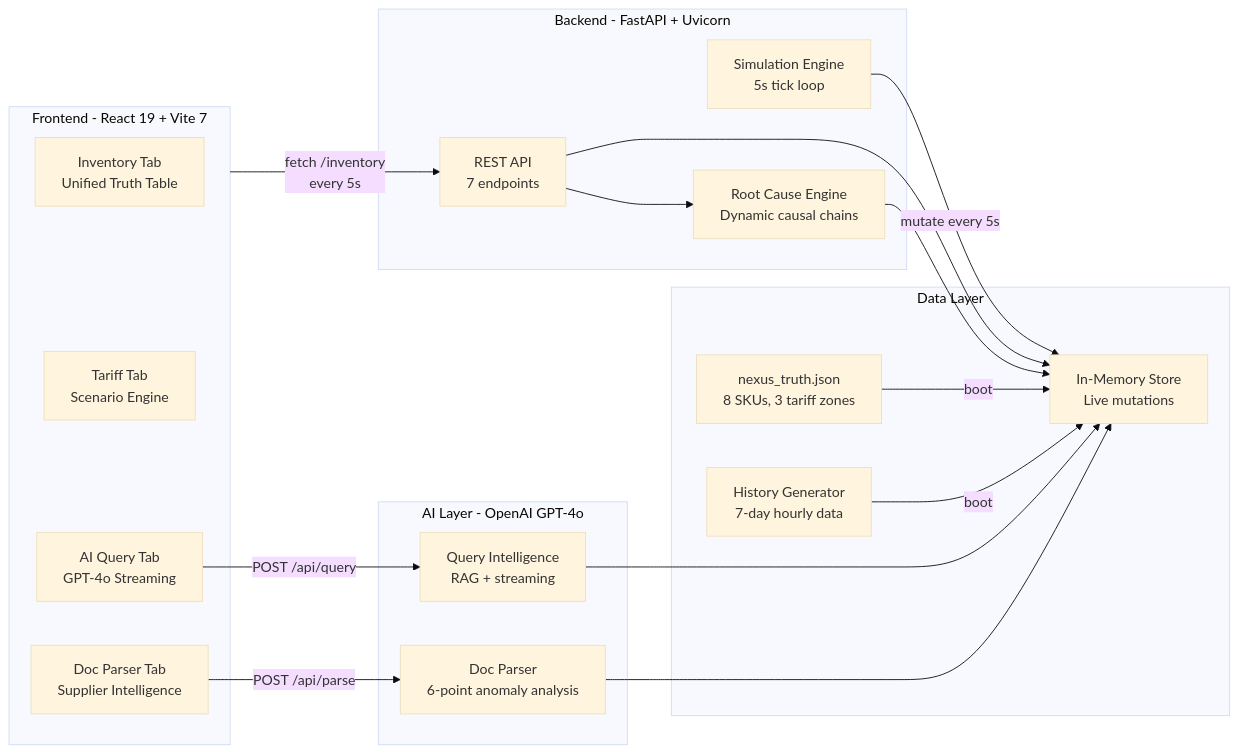
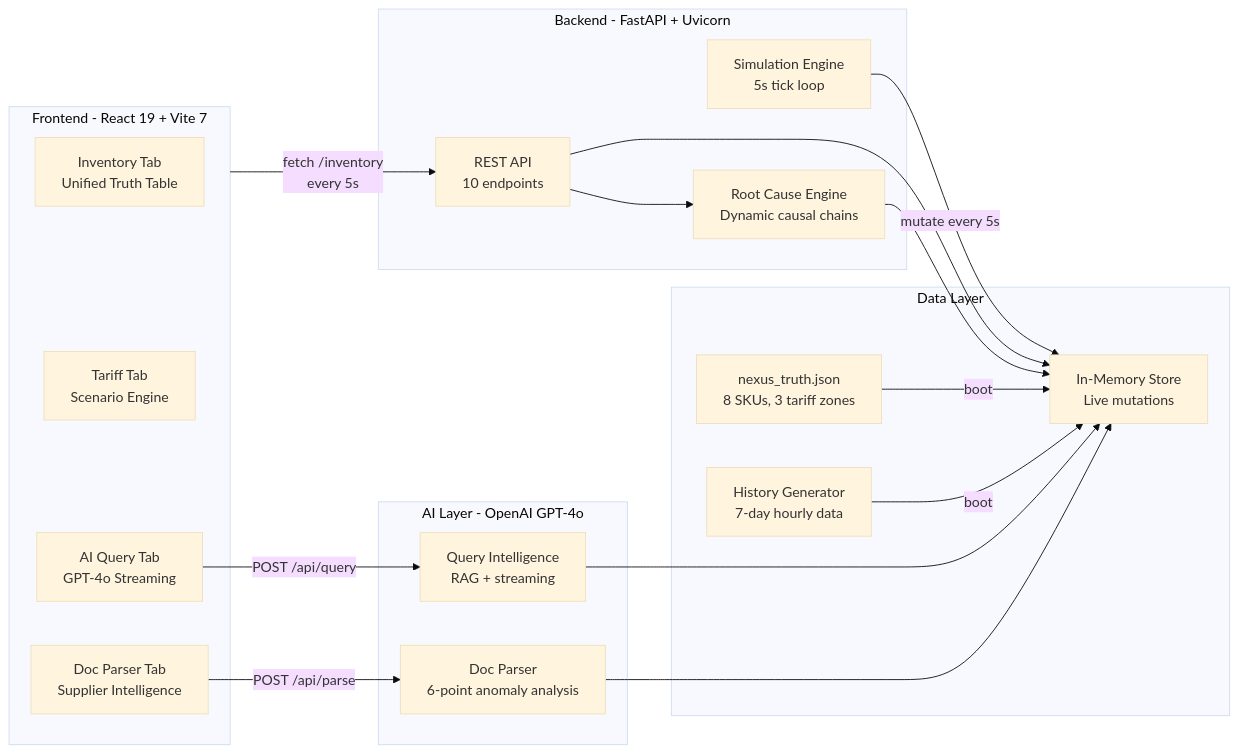
One commit to ankitlade12/NexusLink changed the first of 2 diagrams in README.md. Above: the diagram before and after it, drawn with Mermaid (base theme). The commit also changed other lines of this file and 7 other files, not shown here.

````diff
--- a/README.md
+++ b/README.md
@@ -22,38 +26,38 @@
 ```mermaid
 flowchart LR
     subgraph Frontend ["Frontend - React 19 + Vite 7"]
         INV["Inventory Tab\nUnified Truth Table"]
         TAR["Tariff Tab\nScenario Engine"]
         AIQ["AI Query Tab\nGPT-4o Streaming"]
         DOC["Doc Parser Tab\nSupplier Intelligence"]
     end
 
     subgraph Backend ["Backend - FastAPI + Uvicorn"]
         SIM["Simulation Engine\n5s tick loop"]
-        API["REST API\n7 endpoints"]
+        API["REST API\n10 endpoints"]
         RC["Root Cause Engine\nDynamic causal chains"]
     end
 
     subgraph DataLayer ["Data Layer"]
         SEED["nexus_truth.json\n8 SKUs, 3 tariff zones"]
         STORE["In-Memory Store\nLive mutations"]
         HIST["History Generator\n7-day hourly data"]
     end
 
     subgraph AILayer ["AI Layer - OpenAI GPT-4o"]
         QUERY["Query Intelligence\nRAG + streaming"]
         PARSE["Doc Parser\n6-point anomaly analysis"]
     end
 
     Frontend -->|"fetch /inventory\nevery 5s"| API
     API --> STORE
     SIM -->|"mutate every 5s"| STORE
     SEED -->|"boot"| STORE
     HIST -->|"boot"| STORE
     RC --> STORE
     API --> RC
     QUERY --> STORE
     PARSE --> STORE
     AIQ -->|"POST /api/query"| QUERY
     DOC -->|"POST /api/parse"| PARSE
 ```
````
